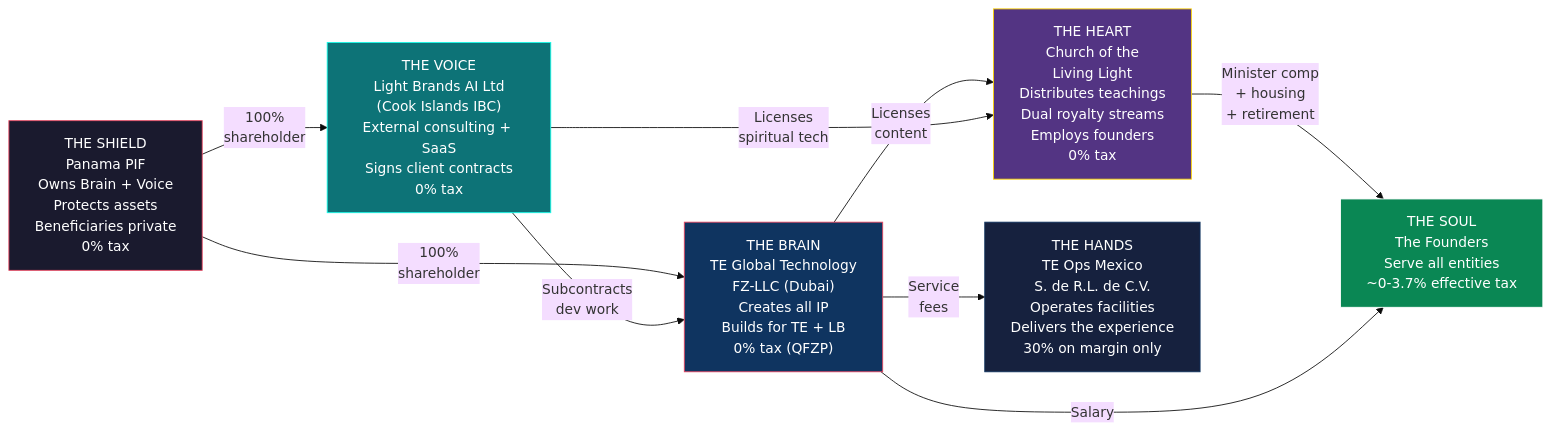
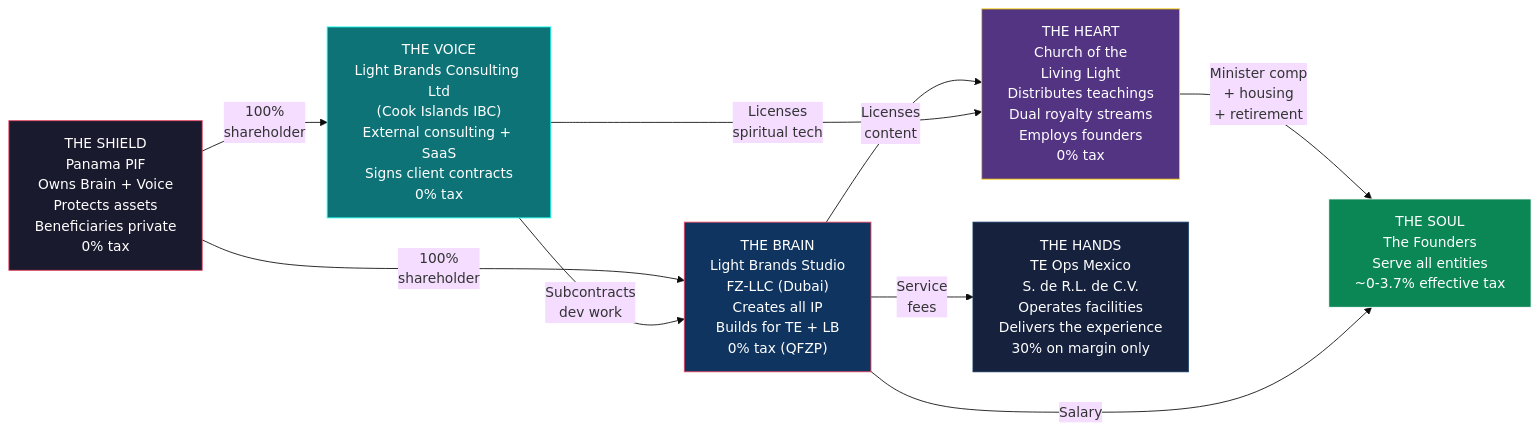
Before and after one commit to Light-Brands/epic-center: the first of 5 diagrams in docs/tax-structure/07-ECOSYSTEM-ARCHITECTURE.md, drawn with Mermaid (base theme). The commit also changed other lines of this file and 7 other files, not shown here.

First line of the commit message:
Rename entities: Light Brands Studio (UAE) + Light Brands Consulting (CI IBC)

````diff
--- a/docs/tax-structure/07-ECOSYSTEM-ARCHITECTURE.md
+++ b/docs/tax-structure/07-ECOSYSTEM-ARCHITECTURE.md
@@ -16,30 +16,30 @@
 ```mermaid
 graph LR
-    BRAIN["THE BRAIN<br/>TE Global Technology<br/>FZ-LLC (Dubai)<br/>Creates all IP<br/>Builds for TE + LB<br/>0% tax (QFZP)"]
+    BRAIN["THE BRAIN<br/>Light Brands Studio<br/>FZ-LLC (Dubai)<br/>Creates all IP<br/>Builds for TE + LB<br/>0% tax (QFZP)"]
 
-    VOICE["THE VOICE<br/>Light Brands AI Ltd<br/>(Cook Islands IBC)<br/>External consulting + SaaS<br/>Signs client contracts<br/>0% tax"]
+    VOICE["THE VOICE<br/>Light Brands Consulting Ltd<br/>(Cook Islands IBC)<br/>External consulting + SaaS<br/>Signs client contracts<br/>0% tax"]
 
     SHIELD["THE SHIELD<br/>Panama PIF<br/>Owns Brain + Voice<br/>Protects assets<br/>Beneficiaries private<br/>0% tax"]
 
     HEART["THE HEART<br/>Church of the<br/>Living Light<br/>Distributes teachings<br/>Dual royalty streams<br/>Employs founders<br/>0% tax"]
 
     HANDS["THE HANDS<br/>TE Ops Mexico<br/>S. de R.L. de C.V.<br/>Operates facilities<br/>Delivers the experience<br/>30% on margin only"]
 
     SOUL["THE SOUL<br/>The Founders<br/>Serve all entities<br/>~0-3.7% effective tax"]
 
     SHIELD -->|"100%<br/>shareholder"| BRAIN
     SHIELD -->|"100%<br/>shareholder"| VOICE
     BRAIN -->|"Licenses<br/>content"| HEART
     VOICE -->|"Licenses<br/>spiritual tech"| HEART
     BRAIN -->|"Service<br/>fees"| HANDS
     VOICE -->|"Subcontracts<br/>dev work"| BRAIN
     HEART -->|"Minister comp<br/>+ housing<br/>+ retirement"| SOUL
     BRAIN -->|"Salary"| SOUL
 
     style BRAIN fill:#0f3460,stroke:#e94560,color:#fff
     style VOICE fill:#0d7377,stroke:#14ffec,color:#fff
     style SHIELD fill:#1a1a2e,stroke:#e94560,color:#fff
     style HEART fill:#533483,stroke:#ffd700,color:#fff
     style HANDS fill:#16213e,stroke:#0f3460,color:#fff
     style SOUL fill:#0a8754,stroke:#fff,color:#fff
 ```
````
